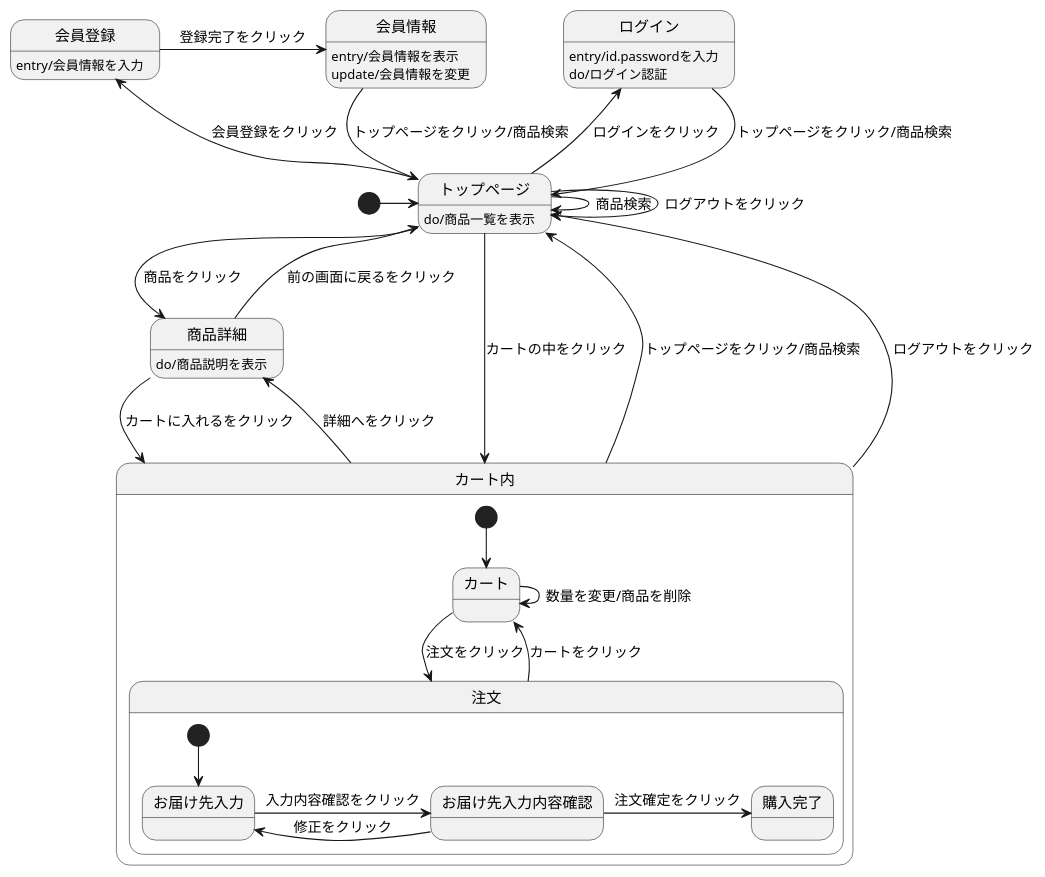
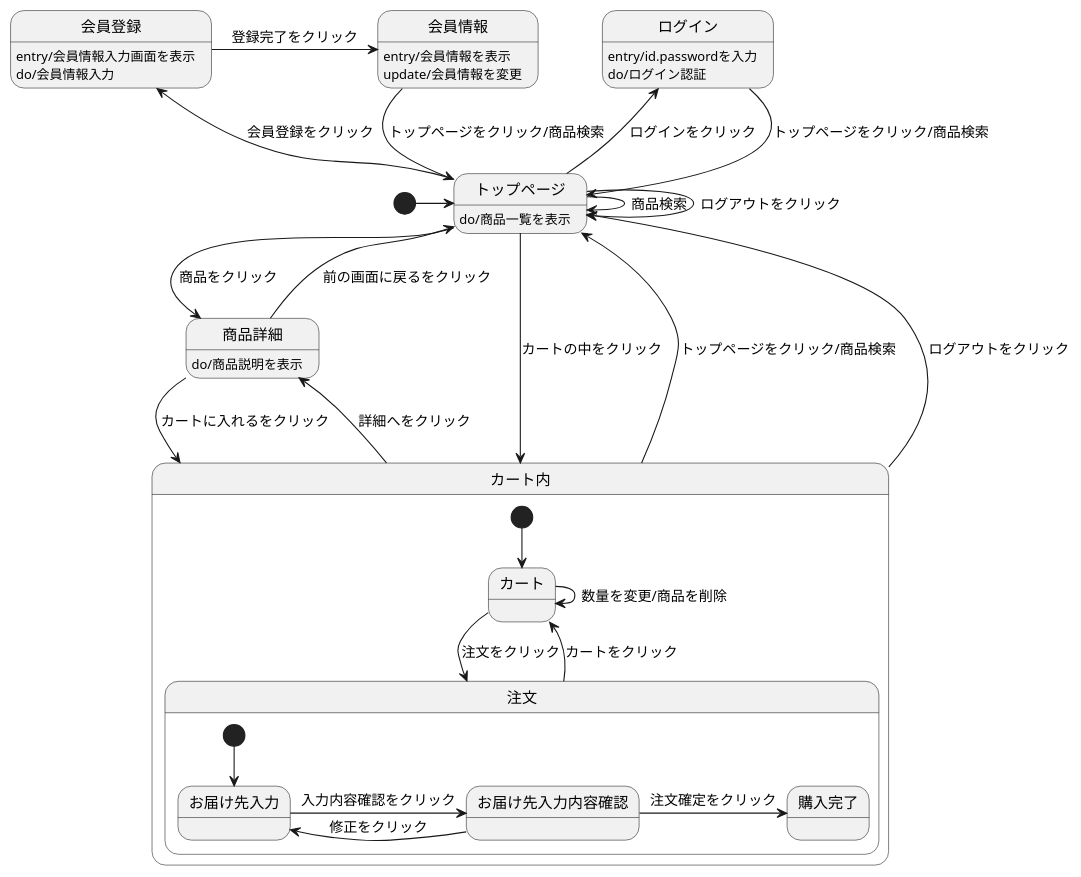
The diagram in shopping1.md (Aso2001027/2021sys-design), drawn with PlantUML before and after one commit.

````diff
--- a/shopping1.md
+++ b/shopping1.md
@@ -1,39 +1,40 @@
 ```uml
 @startuml
 [*] -> トップページ
 会員情報 --> トップページ : トップページをクリック/商品検索
 ログイン --> トップページ : トップページをクリック/商品検索
 ログイン : entry/id.passwordを入力
 ログイン : do/ログイン認証
 会員登録 -> 会員情報 : 登録完了をクリック
-会員登録 : entry/会員情報を入力
+会員登録 : entry/会員情報入力画面を表示
+会員登録 : do/会員情報入力
 会員情報 : entry/会員情報を表示
 会員情報 : update/会員情報を変更
 トップページ --> トップページ : ログアウトをクリック
 トップページ -> トップページ : 商品検索
 トップページ -> 商品詳細 : 商品をクリック
 トップページ -left-> 会員登録 : 会員登録をクリック
 トップページ -left-> ログイン : ログインをクリック
 トップページ --> カート内 : カートの中をクリック
 トップページ : do/商品一覧を表示
 商品詳細 --> カート内 : カートに入れるをクリック
 商品詳細 --> トップページ : 前の画面に戻るをクリック
 商品詳細 : do/商品説明を表示
 カート内 -up-> トップページ : トップページをクリック/商品検索
 カート内 -up-> トップページ : ログアウトをクリック
 カート内 -> 商品詳細 : 詳細へをクリック
 
 state カート内{
 [*] --> カート
 カート -> 注文 : 注文をクリック
 カート -> カート : 数量を変更/商品を削除
 注文 --> カート : カートをクリック
 state 注文 {
 [*] --> お届け先入力
 お届け先入力 -> お届け先入力内容確認 : 入力内容確認をクリック
 お届け先入力内容確認 -> お届け先入力 : 修正をクリック
 お届け先入力内容確認 -> 購入完了 : 注文確定をクリック
   }
 }
 @enduml
 ```
````
